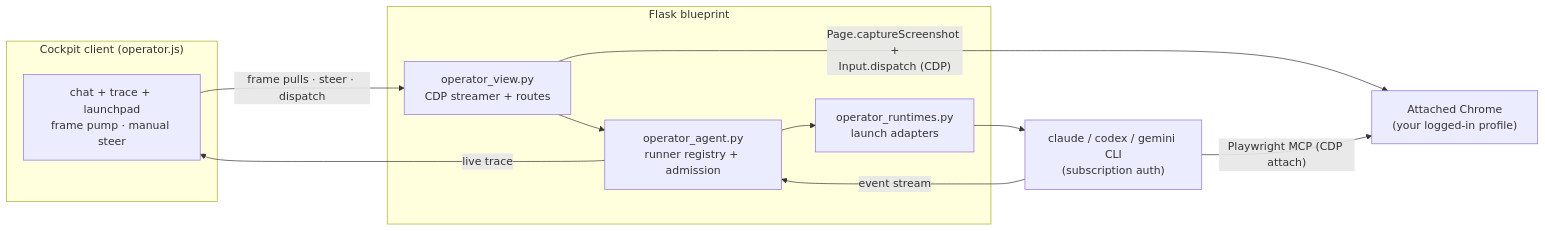
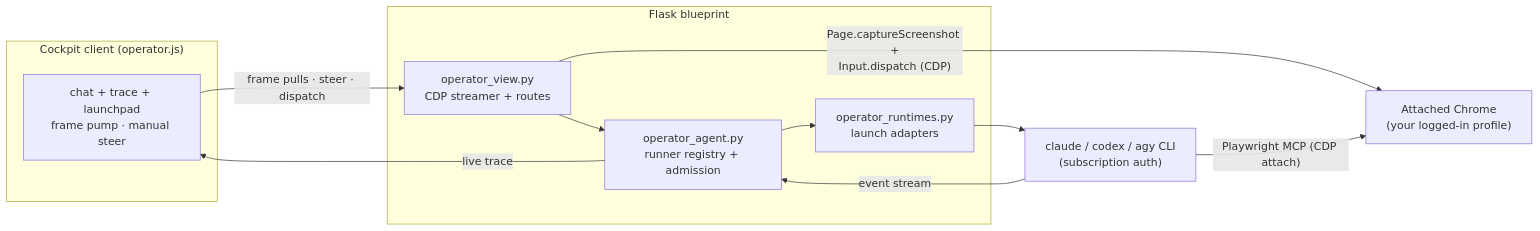
One commit to jeffbai996/operator changed the diagram in README.md. Above: the diagram before and after it, drawn with Mermaid. The commit also changed other lines of this file and 2 other files, not shown here.

````diff
--- a/README.md
+++ b/README.md
@@ -156,19 +158,19 @@
 ```mermaid
 flowchart LR
   subgraph client["Cockpit client (operator.js)"]
     UI["chat + trace + launchpad<br/>frame pump · manual steer"]
   end
   subgraph server["Flask blueprint"]
     V["operator_view.py<br/>CDP streamer + routes"]
     A["operator_agent.py<br/>runner registry + admission"]
     R["operator_runtimes.py<br/>launch adapters"]
   end
   C["Attached Chrome<br/>(your logged-in profile)"]
-  RT["claude / codex / gemini CLI<br/>(subscription auth)"]
+  RT["claude / codex / agy CLI<br/>(subscription auth)"]
   UI -- "frame pulls · steer · dispatch" --> V
   V -- "Page.captureScreenshot +<br/>Input.dispatch (CDP)" --> C
   V --> A --> R --> RT
   RT -- "Playwright MCP (CDP attach)" --> C
   RT -- "event stream" --> A
   A -- "live trace" --> UI
 ```
````
